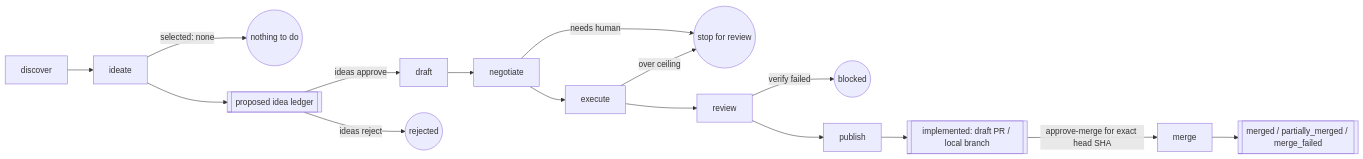
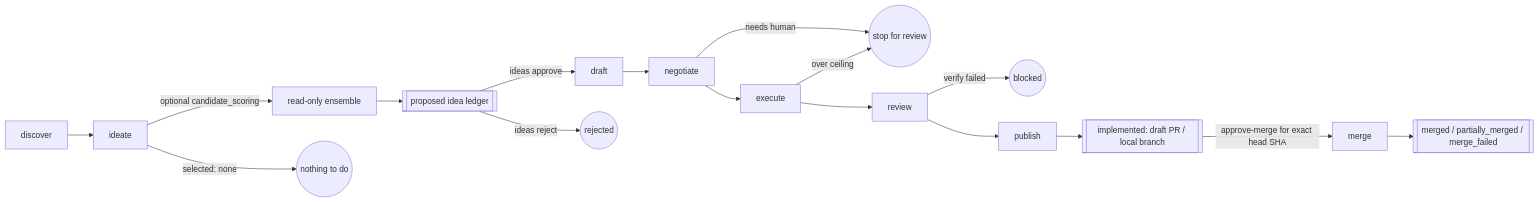
One commit to spacepacket1/e3d-pilot changed the diagram in README.md. Above: the diagram before and after it, drawn with Mermaid. The commit also changed other lines of this file and 17 other files, not shown here.

First line of the commit message:
Add grok-build provider and optional read-only candidate scoring

````diff
--- a/README.md
+++ b/README.md
@@ -32,18 +32,19 @@
 ```mermaid
 flowchart LR
     A[discover] --> B[ideate]
+    B -->|optional candidate_scoring| S[read-only ensemble]
+    S --> I[[proposed idea ledger]]
     B -->|selected: none| STOP1((nothing to do))
-    B --> I[[proposed idea ledger]]
     I -->|ideas approve| C[draft]
     I -->|ideas reject| STOPR((rejected))
     C --> D[negotiate]
     D -->|needs human| STOP2((stop for review))
     D --> E[execute]
     E -->|over ceiling| STOP2
     E --> F[review]
     F -->|verify failed| STOP3((blocked))
     F --> G[publish]
     G --> H[[implemented: draft PR / local branch]]
     H -->|approve-merge for exact head SHA| M[merge]
     M --> Z[[merged / partially_merged / merge_failed]]
 ```
````
